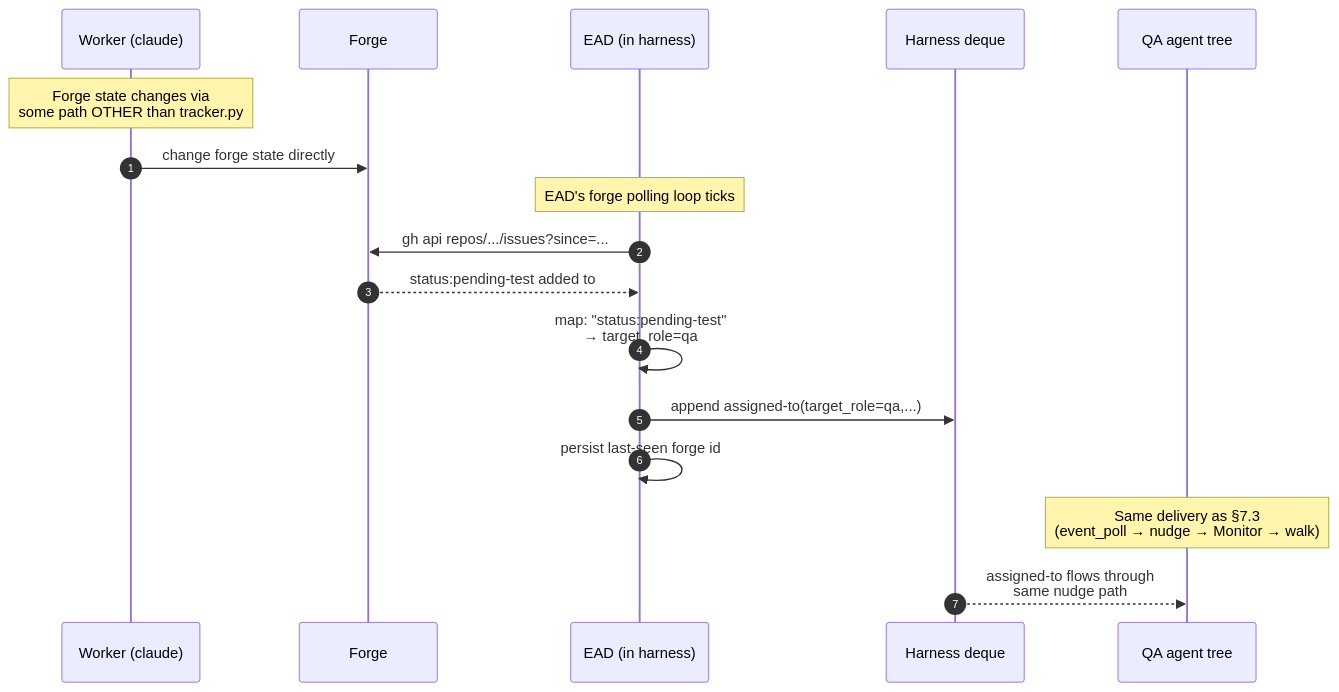
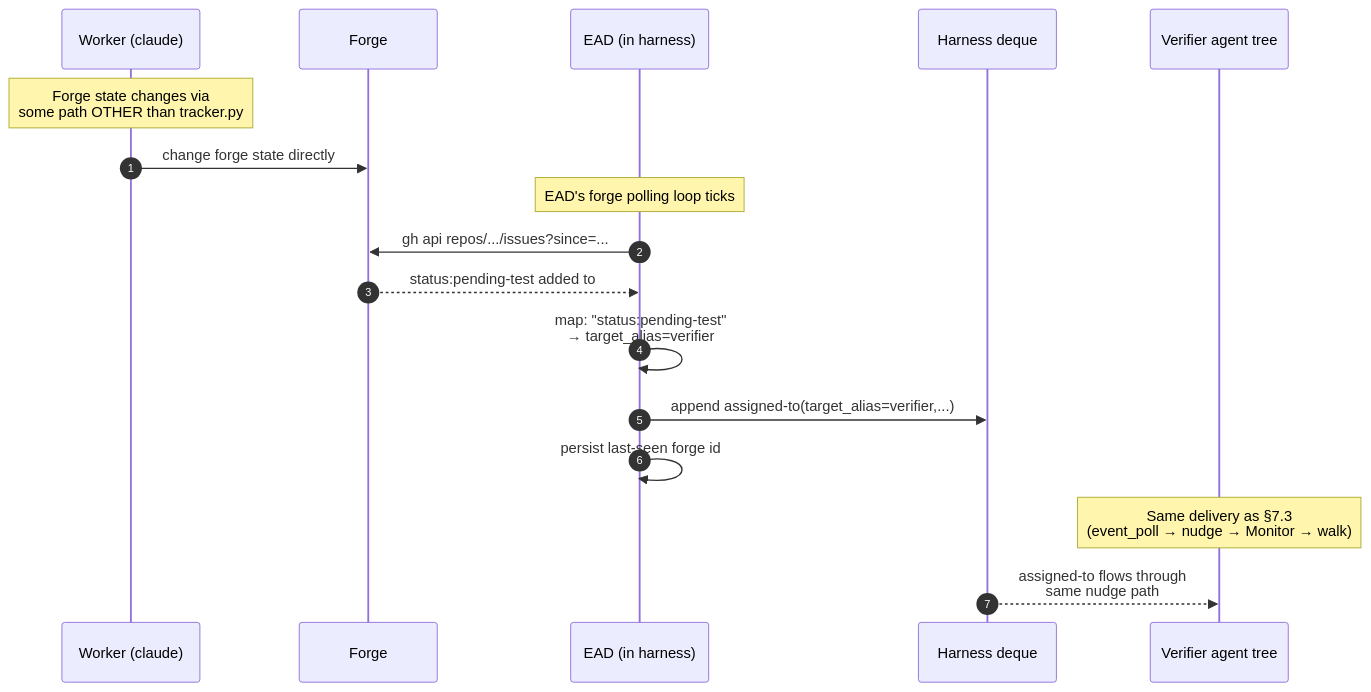
One commit to WallyDoodlez/SquidSquad changed diagram 14 of 16 in docs/AGENT-RUNTIME.md. Above: the diagram before and after it, drawn with Mermaid. The commit also changed other lines of this file and 7 other files, not shown here.

````diff
--- a/docs/AGENT-RUNTIME.md
+++ b/docs/AGENT-RUNTIME.md
@@ -817,22 +911,22 @@
 ```mermaid
 sequenceDiagram
     autonumber
     participant W as Worker (claude)
     participant F as Forge
     participant EAD as EAD (in harness)
     participant H as Harness deque
-    participant V as QA agent tree
+    participant V as Verifier agent tree
 
     Note over W: Forge state changes via<br/>some path OTHER than tracker.py
     W->>F: change forge state directly
 
     Note over EAD: EAD's forge polling loop ticks
     EAD->>F: gh api repos/.../issues?since=...
     F-->>EAD: status:pending-test added to #9926
-    EAD->>EAD: map: "status:pending-test"<br/>→ target_role=qa
-    EAD->>H: append assigned-to(target_role=qa,...)
+    EAD->>EAD: map: "status:pending-test"<br/>→ target_alias=verifier
+    EAD->>H: append assigned-to(target_alias=verifier,...)
     EAD->>EAD: persist last-seen forge id
 
     Note over V: Same delivery as §7.3<br/>(event_poll → nudge → Monitor → walk)
     H-->>V: assigned-to flows through<br/>same nudge path
 ```
````
